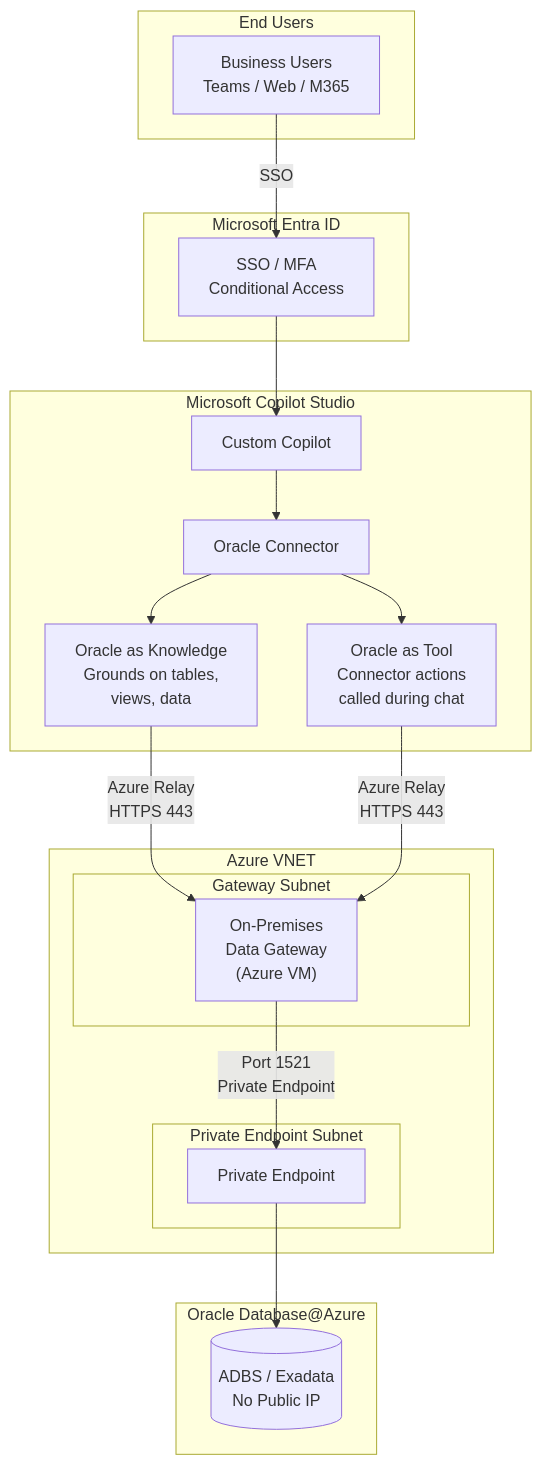
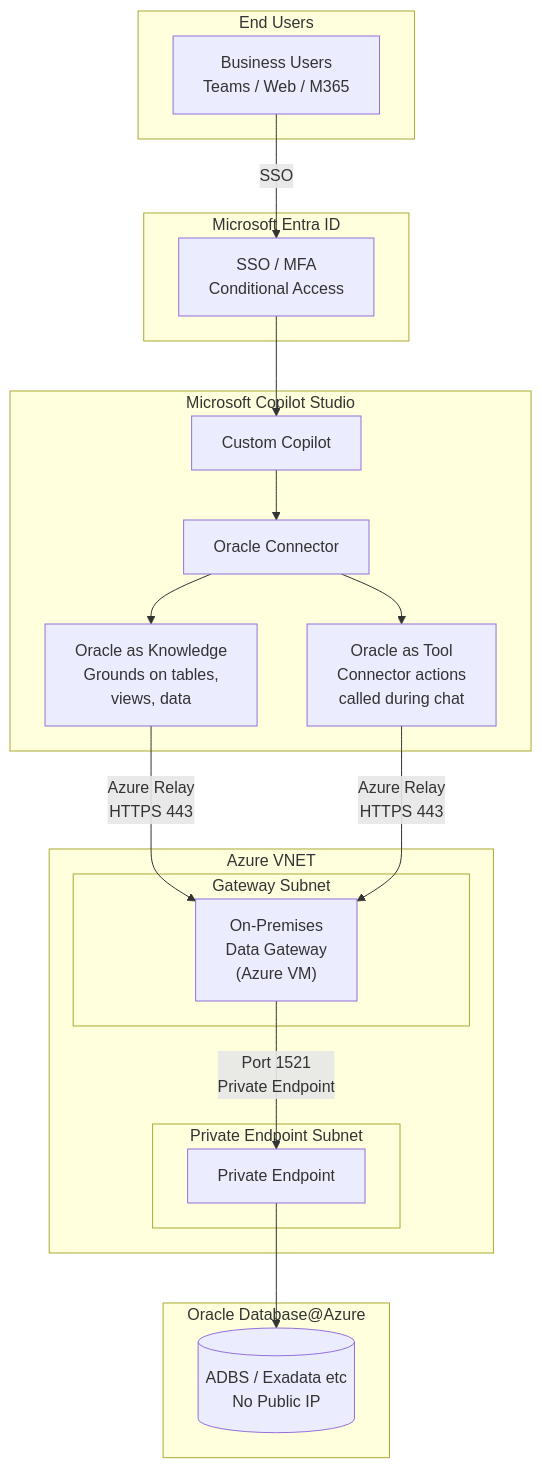
Before and after one commit to ryellajo12/ODAA-AI-Playbook: the first of 7 diagrams in docs/02-reference-architectures.md, drawn with Mermaid.

Commit message:
Update reference to Oracle Database architecture

````diff
--- a/docs/02-reference-architectures.md
+++ b/docs/02-reference-architectures.md
@@ -24,40 +24,40 @@
 ```mermaid
 graph TB
     subgraph Users["End Users"]
         BU["Business Users<br/>Teams / Web / M365"]
     end
 
     subgraph EntraID["Microsoft Entra ID"]
         AUTH["SSO / MFA<br/>Conditional Access"]
     end
 
     subgraph CS["Microsoft Copilot Studio"]
         COP["Custom Copilot"]
         C["Oracle Connector"]
         K["Oracle as Knowledge<br/>Grounds on tables,<br/>views, data"]
         T["Oracle as Tool<br/>Connector actions<br/>called during chat"]
     end
 
     subgraph VNET["Azure VNET"]
         subgraph GWSub["Gateway Subnet"]
             GATEWAY["On-Premises<br/>Data Gateway<br/>(Azure VM)"]
         end
         subgraph PESub["Private Endpoint Subnet"]
             PE["Private Endpoint"]
         end
     end
 
     subgraph ODA["Oracle Database@Azure"]
-        DB[("ADBS / Exadata<br/>No Public IP")]
+        DB[("ADBS / Exadata etc<br/>No Public IP")]
     end
 
     BU -->|SSO| AUTH
     AUTH --> COP
     COP --> C
     C --> K
     C --> T
     K -->|Azure Relay<br/>HTTPS 443| GATEWAY
     T -->|Azure Relay<br/>HTTPS 443| GATEWAY
     GATEWAY -->|Port 1521<br/>Private Endpoint| PE
     PE --> DB
 ```
````
